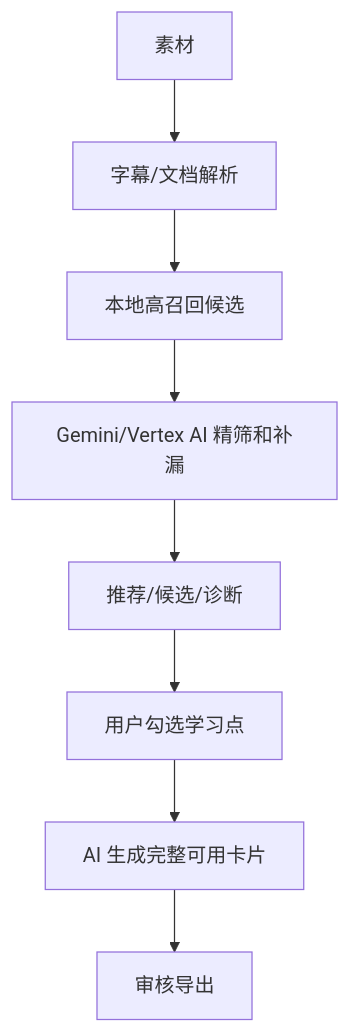
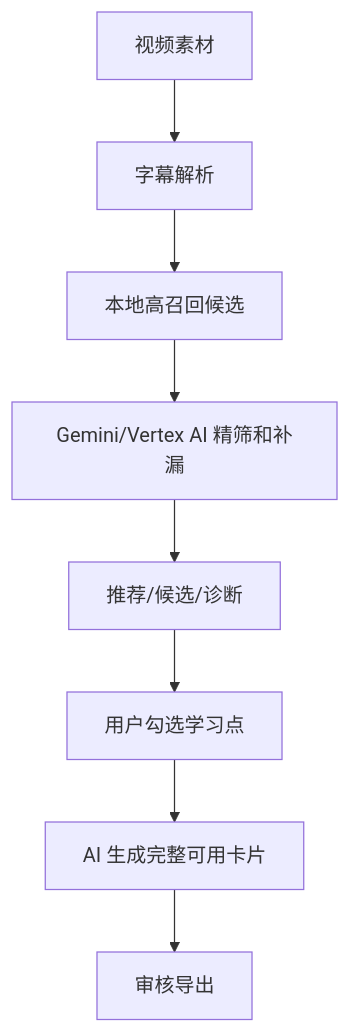
One commit to zixuanzhou0-ai/Anki-card-generator changed the diagram in docs/USER_GUIDE.md. Above: the diagram before and after it, drawn with Mermaid. The commit also changed other lines of this file and 232 other files, not shown here.

````diff
--- a/docs/USER_GUIDE.md
+++ b/docs/USER_GUIDE.md
@@ -216,10 +208,10 @@
 ```mermaid
 flowchart TB
-  A["素材"] --> B["字幕/文档解析"]
+  A["视频素材"] --> B["字幕解析"]
   B --> C["本地高召回候选"]
   C --> D["Gemini/Vertex AI 精筛和补漏"]
   D --> E["推荐/候选/诊断"]
   E --> F["用户勾选学习点"]
   F --> G["AI 生成完整可用卡片"]
   G --> H["审核导出"]
 ```
````
